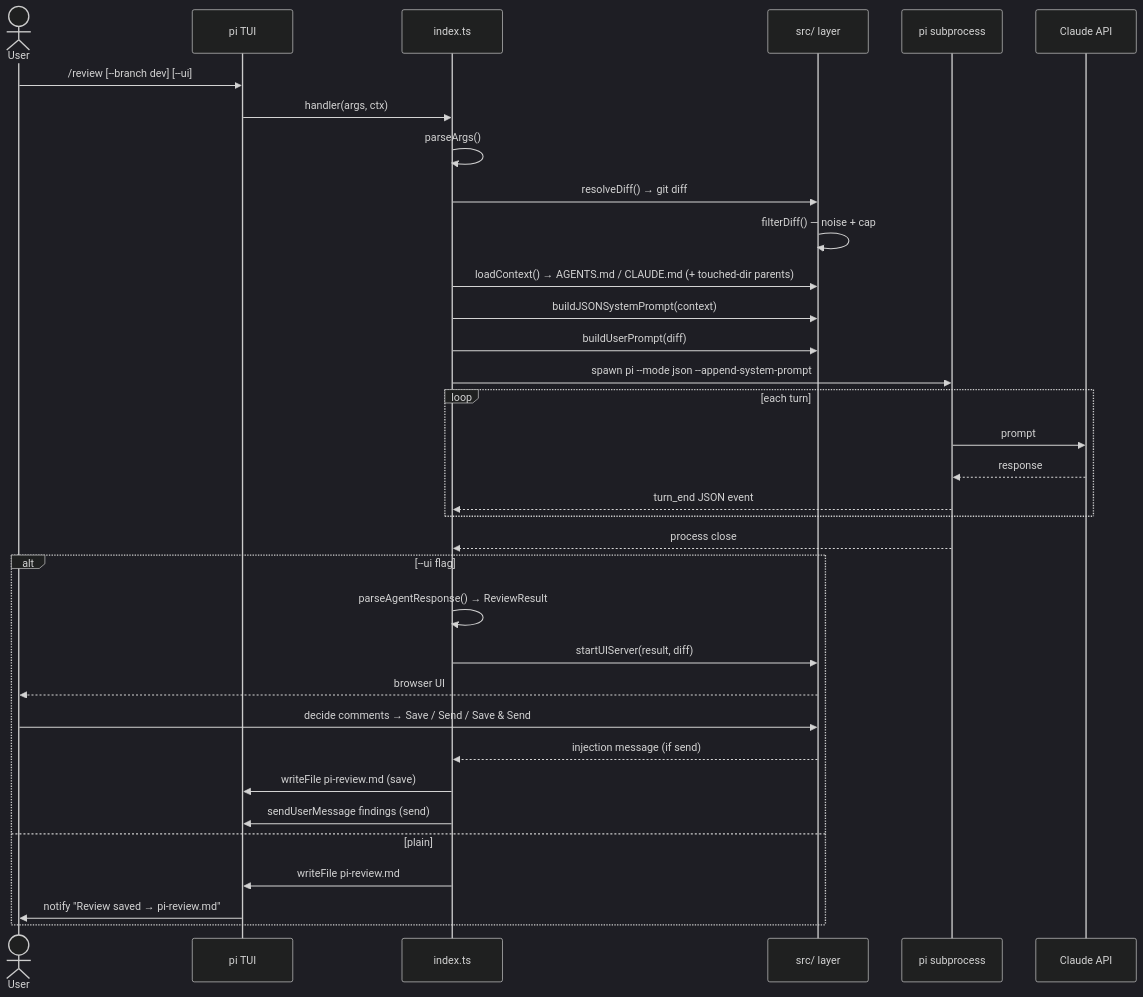
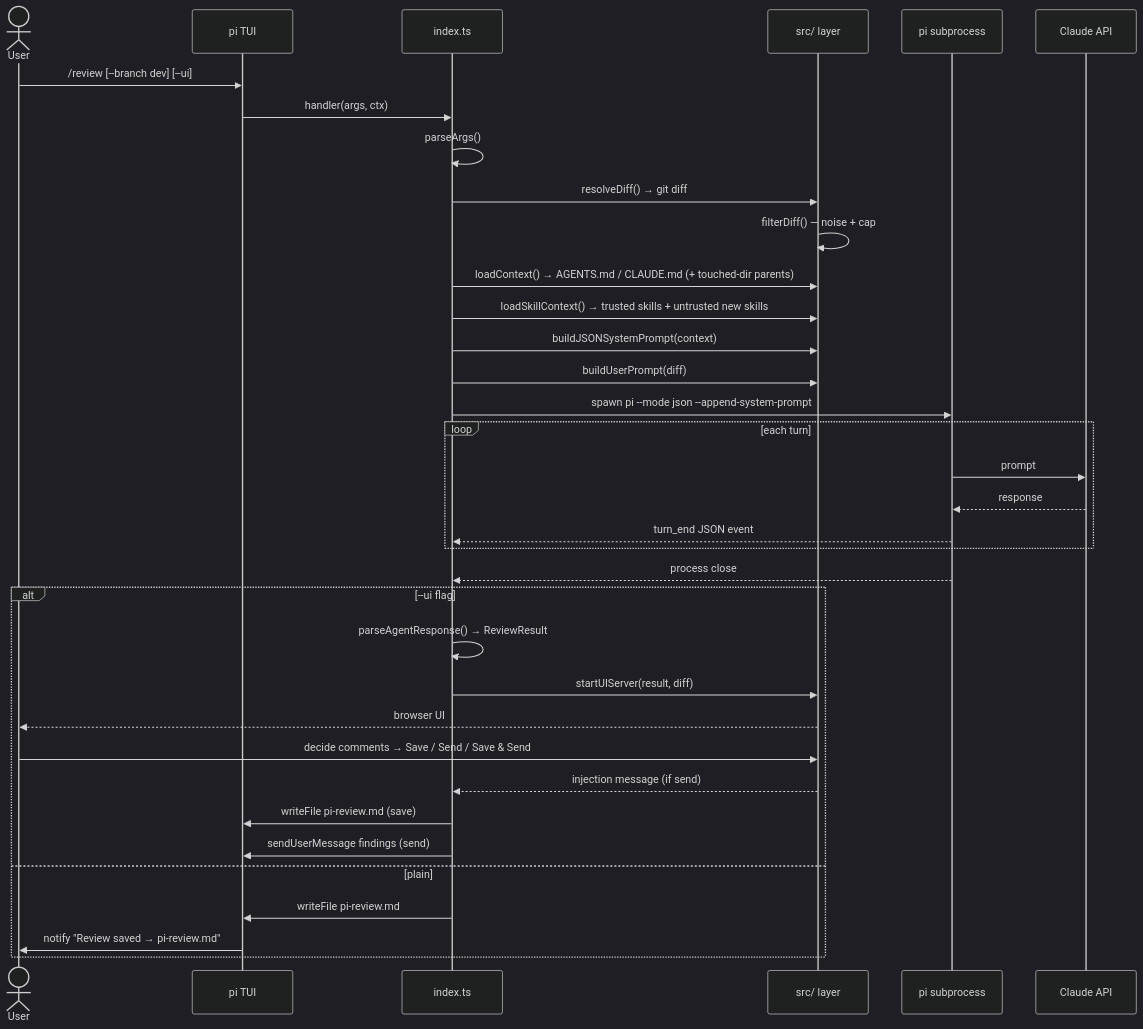
The second of 3 diagrams in docs/architecture.md (esafak/pi-reviewer), drawn with Mermaid (dark theme) before and after one commit. The commit also changed 24 other files, not shown here.

First line of the commit message:
feat(skills): trusted skill guidance with untrusted new-skill review (#158)

````diff
--- a/docs/architecture.md
+++ b/docs/architecture.md
@@ -76,38 +76,39 @@
 ```mermaid
 sequenceDiagram
     actor User
     participant pi as pi TUI
     participant ext as index.ts
     participant src as src/ layer
     participant sub as pi subprocess
     participant claude as Claude API
 
     User->>pi: /review [--branch dev] [--ui]
     pi->>ext: handler(args, ctx)
     ext->>ext: parseArgs()
     ext->>src: resolveDiff() → git diff
     src->>src: filterDiff() — noise + cap
     ext->>src: loadContext() → AGENTS.md / CLAUDE.md (+ touched-dir parents)
+    ext->>src: loadSkillContext() → trusted skills + untrusted new skills
     ext->>src: buildJSONSystemPrompt(context)
     ext->>src: buildUserPrompt(diff)
     ext->>sub: spawn pi --mode json --append-system-prompt
     loop each turn
         sub->>claude: prompt
         claude-->>sub: response
         sub-->>ext: turn_end JSON event
     end
     sub-->>ext: process close
 
     alt --ui flag
         ext->>ext: parseAgentResponse() → ReviewResult
         ext->>src: startUIServer(result, diff)
         src-->>User: browser UI
         User->>src: decide comments → Save / Send / Save & Send
         src-->>ext: injection message (if send)
         ext->>pi: writeFile pi-review.md (save)
         ext->>pi: sendUserMessage findings (send)
     else plain
         ext->>pi: writeFile pi-review.md
         pi->>User: notify "Review saved → pi-review.md"
     end
 ```
````
